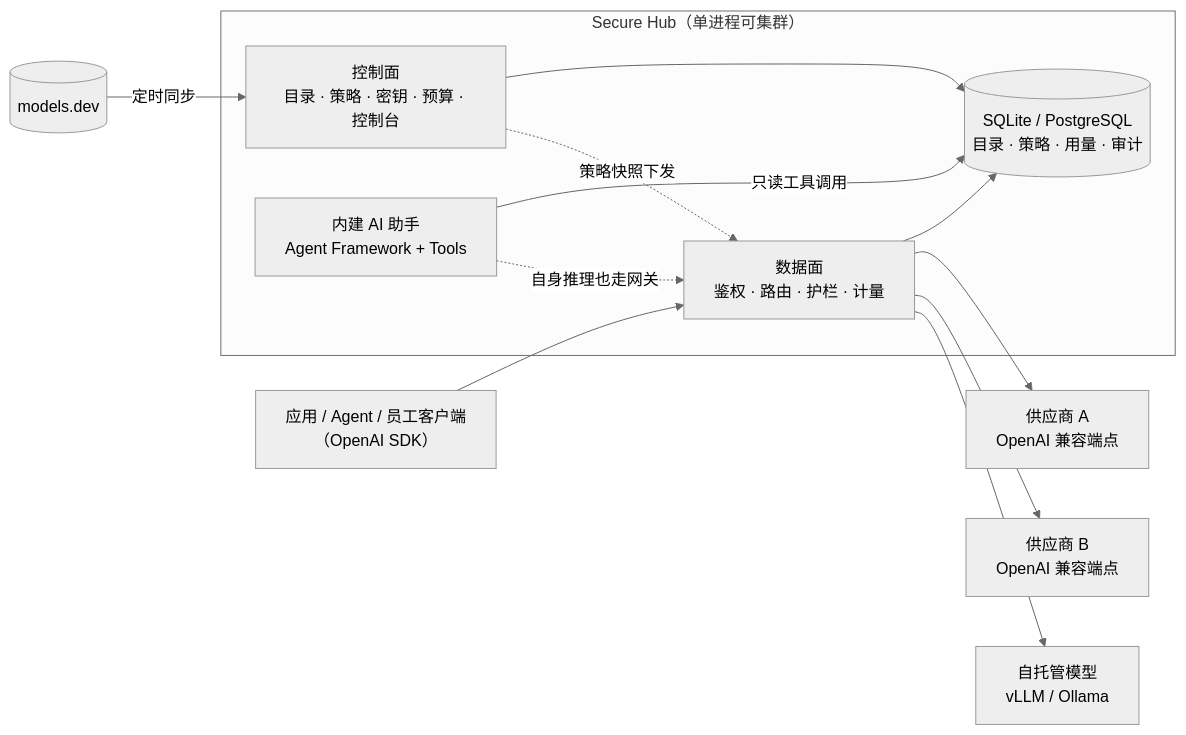
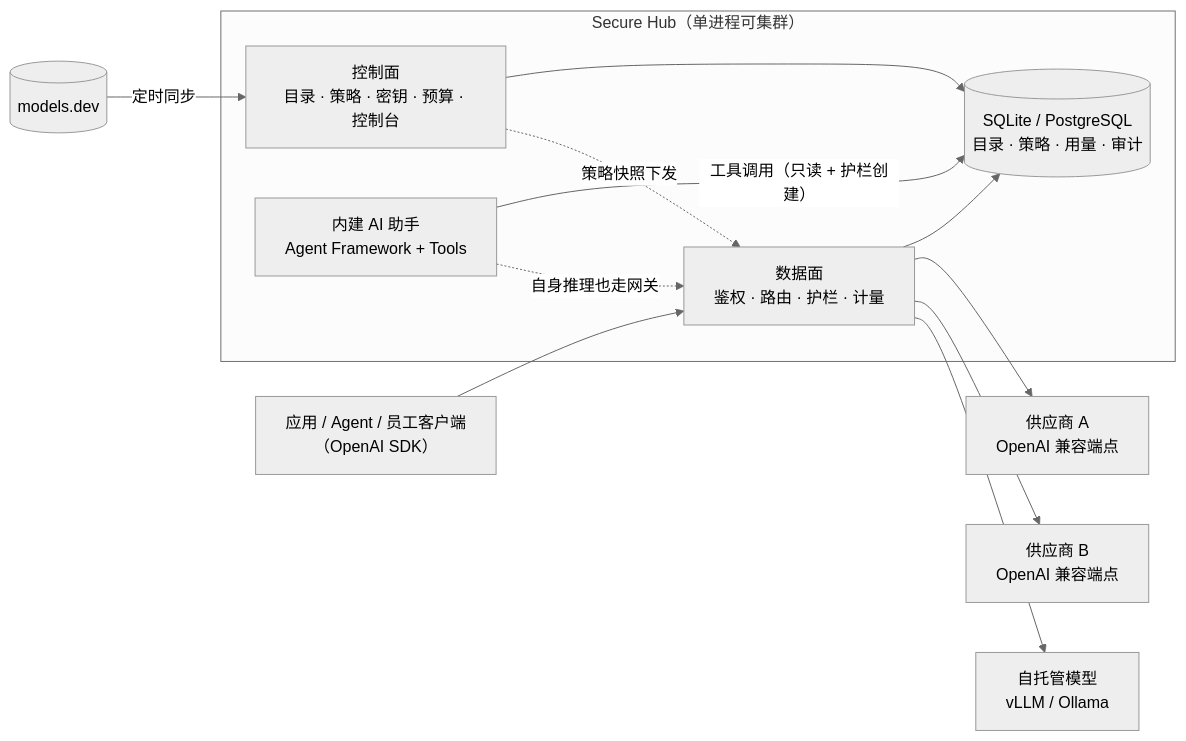
Before and after one commit to wosledon/secure-hub: the diagram in docs/PRD.md, drawn with Mermaid (neutral theme). The commit also changed other lines of this file and 10 other files, not shown here.

````diff
--- a/docs/PRD.md
+++ b/docs/PRD.md
@@ -179,21 +179,21 @@
 ```mermaid
 flowchart LR
     A["应用 / Agent / 员工客户端<br/>（OpenAI SDK）"] --> DP
 
     subgraph Hub["Secure Hub（单进程可集群）"]
         DP["数据面<br/>鉴权 · 路由 · 护栏 · 计量"]
         CP["控制面<br/>目录 · 策略 · 密钥 · 预算 · 控制台"]
         AI["内建 AI 助手<br/>Agent Framework + Tools"]
         ST[("SQLite / PostgreSQL<br/>目录 · 策略 · 用量 · 审计")]
         DP --> ST
         CP --> ST
-        AI -->|只读工具调用| ST
+        AI -->|工具调用（只读 + 护栏创建）| ST
         AI -.->|自身推理也走网关| DP
         CP -. 策略快照下发 .-> DP
     end
 
     DP --> P1["供应商 A<br/>OpenAI 兼容端点"]
     DP --> P2["供应商 B<br/>OpenAI 兼容端点"]
     DP --> P3["自托管模型<br/>vLLM / Ollama"]
     CAT[("models.dev")] -->|定时同步| CP
 ```
````
